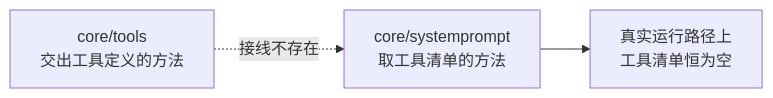
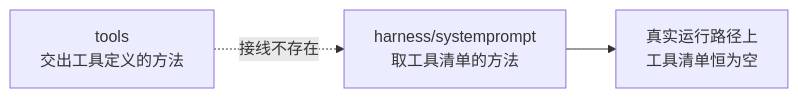
One commit to snight1983/ds-harness-go changed diagram 19 of 20 in docs/modules/systemprompt.md. Above: the diagram before and after it, drawn with Mermaid. The commit also changed other lines of this file and 1281 other files, not shown here.

````diff
--- a/docs/modules/systemprompt.md
+++ b/docs/modules/systemprompt.md
@@ -366,5 +366,5 @@
 ```mermaid
 flowchart LR
-    A["core/tools<br/>交出工具定义的方法"] -.->|"接线不存在"| B["core/systemprompt<br/>取工具清单的方法"]
+    A["tools<br/>交出工具定义的方法"] -.->|"接线不存在"| B["harness/systemprompt<br/>取工具清单的方法"]
     B --> C["真实运行路径上<br/>工具清单恒为空"]
 ```
````
